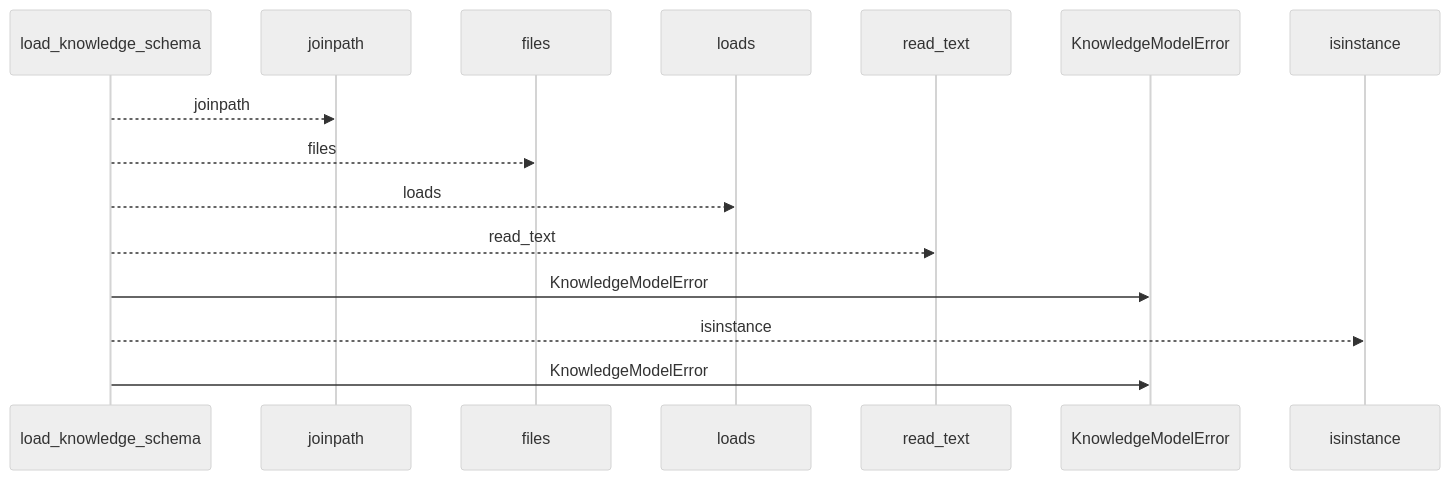
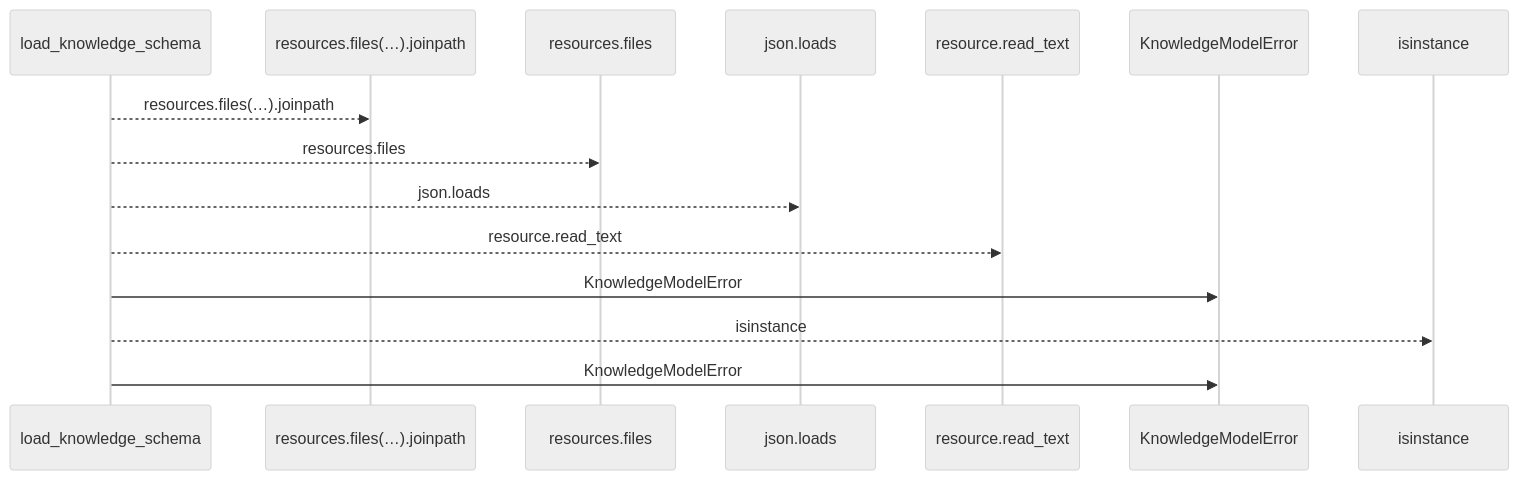
Before and after one commit to Denissvgn/python-wiki-llm: the first of 2 diagrams in docs/llm_wiki/flows/api-load_knowledge_schema.md, drawn with Mermaid (neutral theme). The commit also changed other lines of this file and 719 other files, not shown here.

````diff
--- a/docs/llm_wiki/flows/api-load_knowledge_schema.md
+++ b/docs/llm_wiki/flows/api-load_knowledge_schema.md
@@ -10,17 +10,17 @@
 ```mermaid
 sequenceDiagram
     participant p0 as load_knowledge_schema
-    participant p1 as joinpath
-    participant p2 as files
-    participant p3 as loads
-    participant p4 as read_text
+    participant p1 as resources.files(…).joinpath
+    participant p2 as resources.files
+    participant p3 as json.loads
+    participant p4 as resource.read_text
     participant p5 as KnowledgeModelError
     participant p6 as isinstance
-    p0-->>p1: joinpath
-    p0-->>p2: files
-    p0-->>p3: loads
-    p0-->>p4: read_text
+    p0-->>p1: resources.files(…).joinpath
+    p0-->>p2: resources.files
+    p0-->>p3: json.loads
+    p0-->>p4: resource.read_text
     p0->>p5: KnowledgeModelError
     p0-->>p6: isinstance
     p0->>p5: KnowledgeModelError
 ```
````
